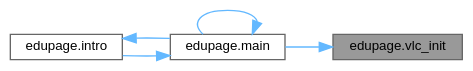
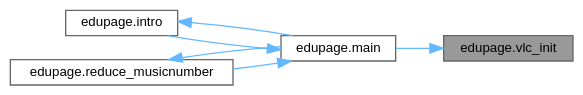
One commit to GrenManSK/ZnamE changed the diagram in d0/d52/namespaceedupage_a9f3e602dd8410da6eab7cf9b0758c6f8_icgraph.dot. Above: the diagram before and after it, drawn with Graphviz. The commit also changed 385 other files, not shown here.

```diff
--- a/d0/d52/namespaceedupage_a9f3e602dd8410da6eab7cf9b0758c6f8_icgraph.dot
+++ b/d0/d52/namespaceedupage_a9f3e602dd8410da6eab7cf9b0758c6f8_icgraph.dot
@@ -1,15 +1,17 @@
 digraph "edupage.vlc_init"
 {
  // LATEX_PDF_SIZE
   bgcolor="transparent";
   edge [fontname=Helvetica,fontsize=10,labelfontname=Helvetica,labelfontsize=10];
   node [fontname=Helvetica,fontsize=10,shape=box,height=0.2,width=0.4];
   rankdir="RL";
   Node1 [label="edupage.vlc_init",height=0.2,width=0.4,color="gray40", fillcolor="grey60", style="filled", fontcolor="black",tooltip=" "];
   Node1 -> Node2 [dir="back",color="steelblue1",style="solid"];
-  Node2 [label="edupage.main",height=0.2,width=0.4,color="grey40", fillcolor="white", style="filled",URL="$d0/d52/namespaceedupage.html#a119d208fce33ca55d6b605c22dbcd534",tooltip=" "];
+  Node2 [label="edupage.main",height=0.2,width=0.4,color="grey40", fillcolor="white", style="filled",URL="$d0/d52/namespaceedupage.html#a187508ee0d9f19d584a130cc5cba0c27",tooltip=" "];
   Node2 -> Node3 [dir="back",color="steelblue1",style="solid"];
   Node3 [label="edupage.intro",height=0.2,width=0.4,color="grey40", fillcolor="white", style="filled",URL="$d0/d52/namespaceedupage.html#a316dc71e49505324d14deee19eccd566",tooltip=" "];
   Node3 -> Node2 [dir="back",color="steelblue1",style="solid"];
-  Node2 -> Node2 [dir="back",color="steelblue1",style="solid"];
+  Node2 -> Node4 [dir="back",color="steelblue1",style="solid"];
+  Node4 [label="edupage.reduce_musicnumber",height=0.2,width=0.4,color="grey40", fillcolor="white", style="filled",URL="$d0/d52/namespaceedupage.html#a11c2d421fc103b70ae07e919a3929cd8",tooltip=" "];
+  Node4 -> Node2 [dir="back",color="steelblue1",style="solid"];
 }
```
